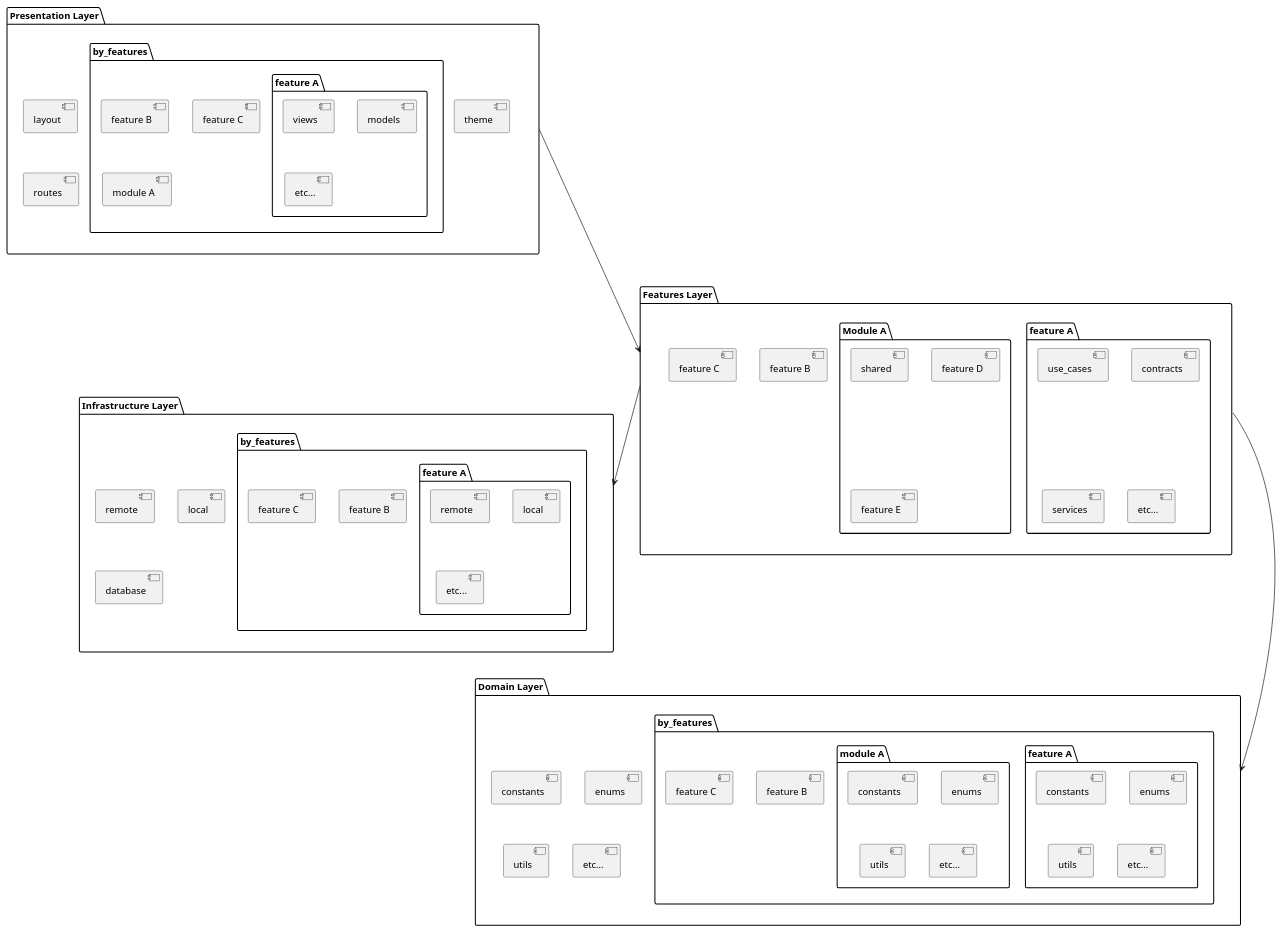
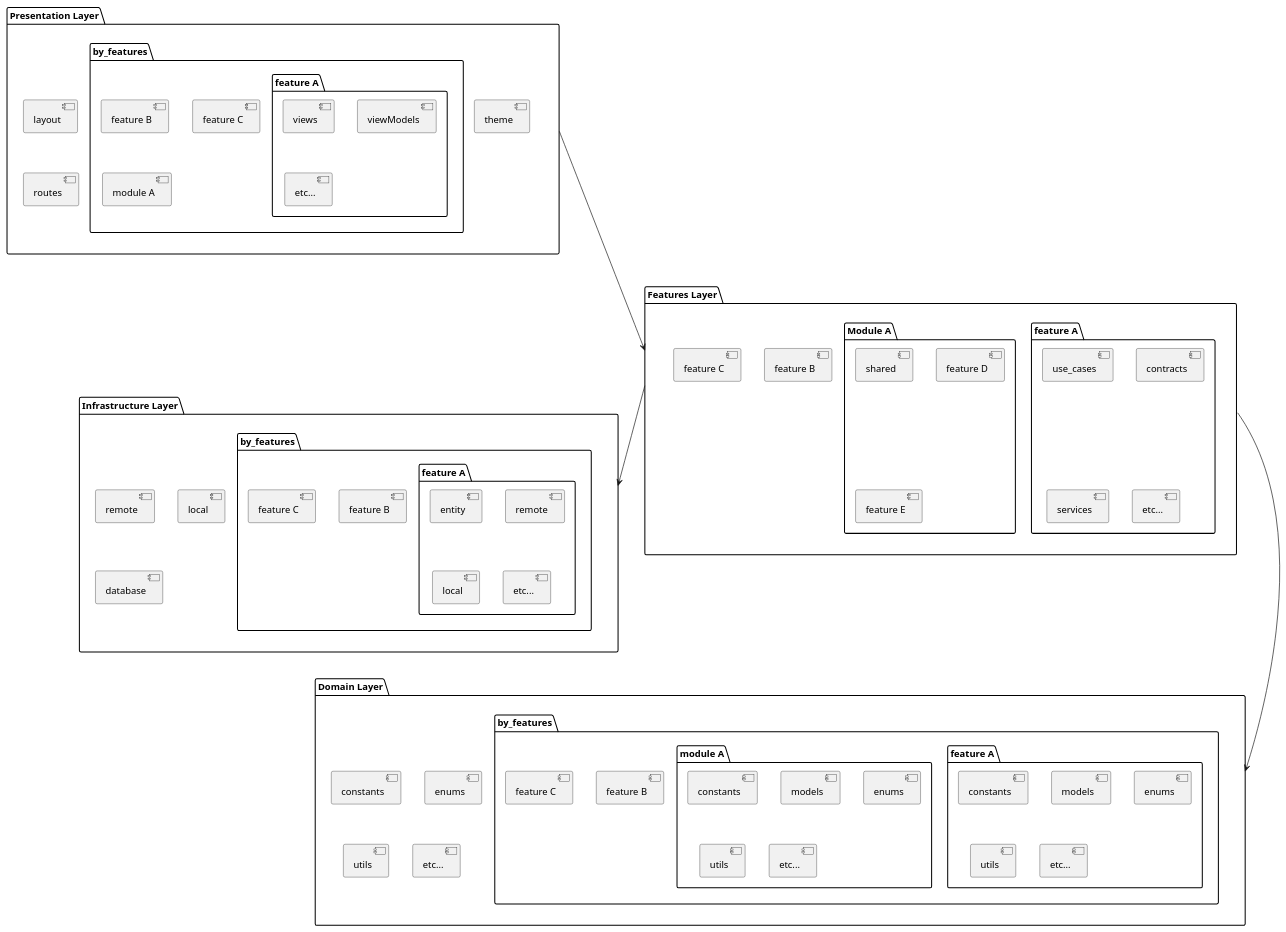
Before and after one commit to henriquemelicias/rust-yew-fullstack-experiment: the diagram in media/diagrams/architecture.component_diagram.puml, drawn with PlantUML. The commit also changed 37 other files, not shown here.

```diff
--- a/media/diagrams/architecture.component_diagram.puml
+++ b/media/diagrams/architecture.component_diagram.puml
@@ -1,121 +1,124 @@
 @startuml
 ' ######################
 '  PRESENTATION PACKAGE
 ' ######################
 
 package "Presentation Layer" as presentationP {
 
     package "by_features" as presentationP_byFeaturesP {
 
         package "feature A" as presentationP_byFeaturesP_featureAP {
             [views] as presentationP_byFeaturesP_featureAP_views
-            [models] as presentationP_byFeaturesP_featureAP_models
+            [viewModels] as presentationP_byFeaturesP_featureAP_viewModels
             [etc...] as presentationP_byFeaturesP_featureAP_etc
         }
 
         [feature B] as presentationP_byFeaturesP_featureB
         [feature C] as presentationP_byFeaturesP_featureC        
         [module A] as presentationP_byFeaturesP_moduleA
      
     } 
 
     [layout] as presentationP_layout
     [theme] as presentationP_theme
     [routes] as presentationP_routes
 }
 
 ' ##################
 '  FEATURES PACKAGE
 ' ##################
 
 package "Features Layer" as featuresP {
     package "feature A" as featuresP_featureAP {
         [use_cases] as featuresP_featureAP_useCases
         [contracts] as featuresP_featuresAP_contracts
         [services] as featuresP_featuresAP_services
         [etc...] as featuresP_featuresAP_etc
     }
     [feature B] as featuresP_featureB
     [feature C] as featuresP_featureC
     
     package "Module A" as featuresP_moduleAP {
         [shared] as featuresP_moduleAP_shared
         [feature D] as featuresP_moduleAP_featureD
         [feature E] as featuresP_moduleAP_featureE
     }
 }
 
 ' ########################
 '  INFRASTRUCTURE PACKAGE
 ' ########################
 
 package "Infrastructure Layer" as infrastructureP {
 
     package infrastructureP_byFeaturesP as "by_features" {
 
         package "feature A" as infrastructureP_byFeaturesP_featureAP {
+            [entity] as infrastructureP_byFeaturesP_featureAP_entity
             [remote] as infrastructureP_byFeaturesP_featureAP_remote
             [local] as infrastructureP_byFeaturesP_featureAP_local
             [etc...] as infrastructureP_byFeaturesP_featureAP_etc
         }
 
         [feature B] as infrastructureP_byFeaturesP_featureB
         [feature C] as infrastructureP_byFeaturesP_featureC
     } 
 
     [remote] as infrastructureP_remote
     [local] as infrastructureP_local
     [database] as infrastructureP_database
 }
 
 ' ################
 '  DOMAIN PACKAGE
 ' ################
 
 package "Domain Layer" as domainP {
 
     package "by_features" as domainP_byFeaturesP {
 
             package "feature A" as domainP_byFeaturesP_featureAP {
                 [constants] as domainP_byFeaturesP_featureAP_constants
+                [models] as domainP_byFeaturesP_featureAP_models
                 [enums] as domainP_byFeaturesP_featureAP_enums
                 [utils] as domainP_byFeaturesP_featureAP_utils
                 [etc...] as domainP_byFeaturesP_featureAP_etc
          }
         [feature B] as domainP_byFeaturesP_featureB
         [feature C] as domainP_byFeaturesP_featureC
 
         package "module A" as domainP_byFeaturesP_moduleAP {
             [constants] as domainP_byFeaturesP_moduleAP_constants
+            [models] as domainP_byFeaturesP_moduleAP_models
             [enums] as domainP_byFeaturesP_moduleAP_enums
             [utils] as domainP_byFeaturesP_moduleAP_utils
             [etc...] as domainP_byFeaturesP_moduleAP_etc
         }
     }
 
     [constants] as domainP_constants
     [enums] as domainP_enums
     [utils] as domainP_utils
     [etc...] as domainP_etc
 }
 
 ' ###########################
 '  PRESENTATION <-> FEATURES
 ' ###########################
 
 presentationP ----> featuresP
 
 ' #############################
 '  FEATURES <-> INFRASTRUCTURE
 ' #############################
 
 featuresP --> infrastructureP
 
 
 ' #####################
 '  FEATURES <-> DOMAIN
 ' ######################
 
 featuresP ----> domainP
 
 @enduml
```
